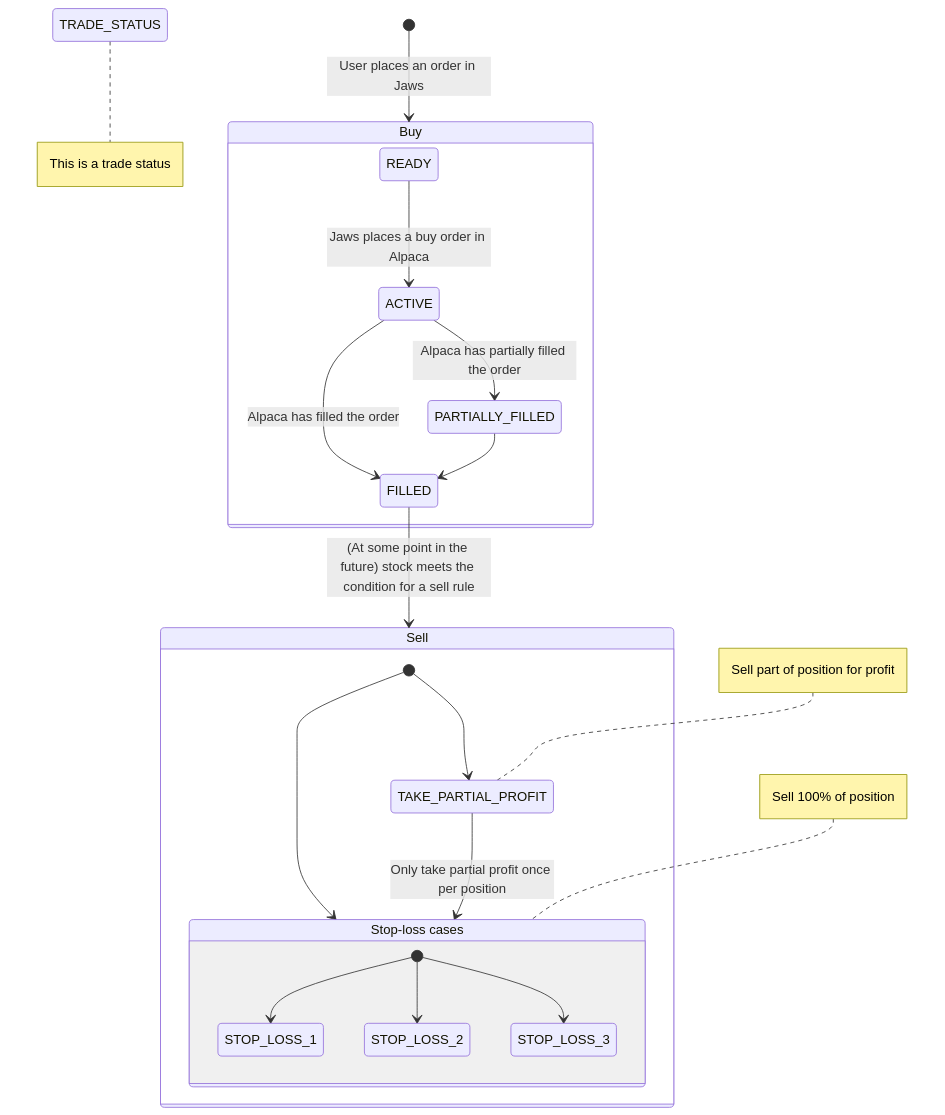
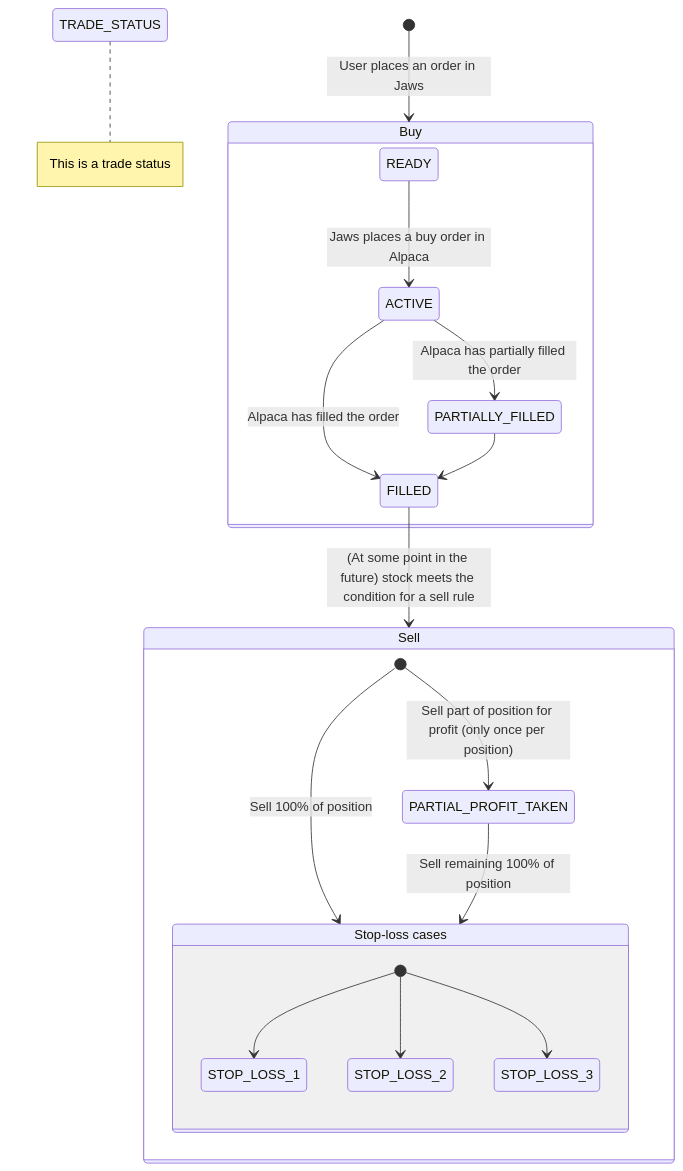
One commit to hejare/jaws changed the diagram in docs/trading-logic.md. Above: the diagram before and after it, drawn with Mermaid. The commit also changed other lines of this file and 4 other files, not shown here.

Commit message:
Rename TAKE_PARTIAL_PROFIT => PARTIAL_PROFIT_TAKEN

````diff
--- a/docs/trading-logic.md
+++ b/docs/trading-logic.md
@@ -23,41 +23,35 @@
 ```mermaid
 stateDiagram-v2
 
     TRADE_STATUS
     note right of TRADE_STATUS
         This is a trade status
     end note
 
     [*] --> Buy : User places an order in Jaws
 
     state Buy {
         READY --> ACTIVE : Jaws places a buy order in Alpaca
 
         ACTIVE --> FILLED : Alpaca has filled the order
         ACTIVE --> PARTIALLY_FILLED : Alpaca has partially filled the order
 
         PARTIALLY_FILLED --> FILLED
     }
 
     FILLED --> Sell : (At some point in the future) stock meets the condition for a sell rule
 
     state Sell {
-        [*] --> TAKE_PARTIAL_PROFIT
-        [*] --> StopLoss
+        [*] --> PARTIAL_PROFIT_TAKEN : Sell part of position for profit (only once per position)
+        [*] --> StopLoss : Sell 100% of position
 
-        note left of TAKE_PARTIAL_PROFIT
-            Sell part of position for profit
-        end note
-        TAKE_PARTIAL_PROFIT --> StopLoss : Only take partial profit once per position
+        PARTIAL_PROFIT_TAKEN --> StopLoss :  Sell remaining 100% of position
 
-        note left of StopLoss
-            Sell 100% of position
-        end note
         StopLoss: Stop-loss cases
         state StopLoss {
             [*] --> STOP_LOSS_1
             [*] --> STOP_LOSS_2
             [*] --> STOP_LOSS_3
         }
     }
 ```
````
